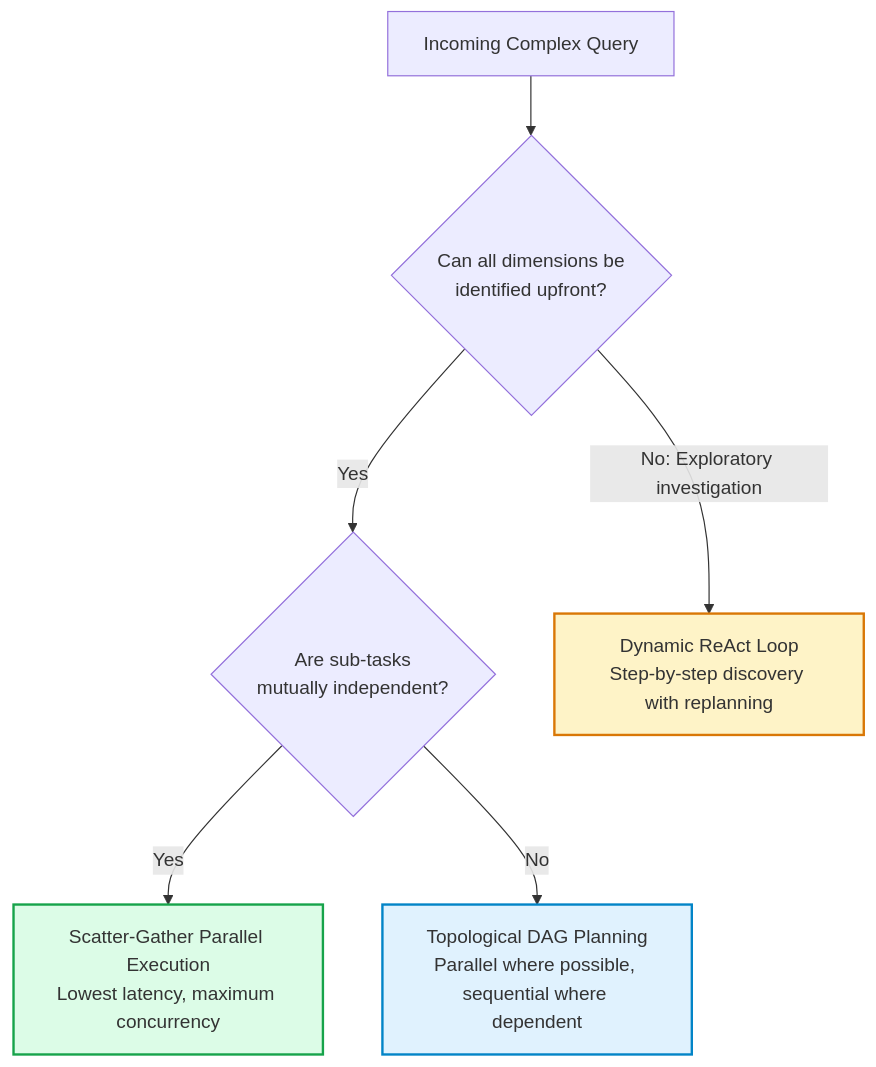
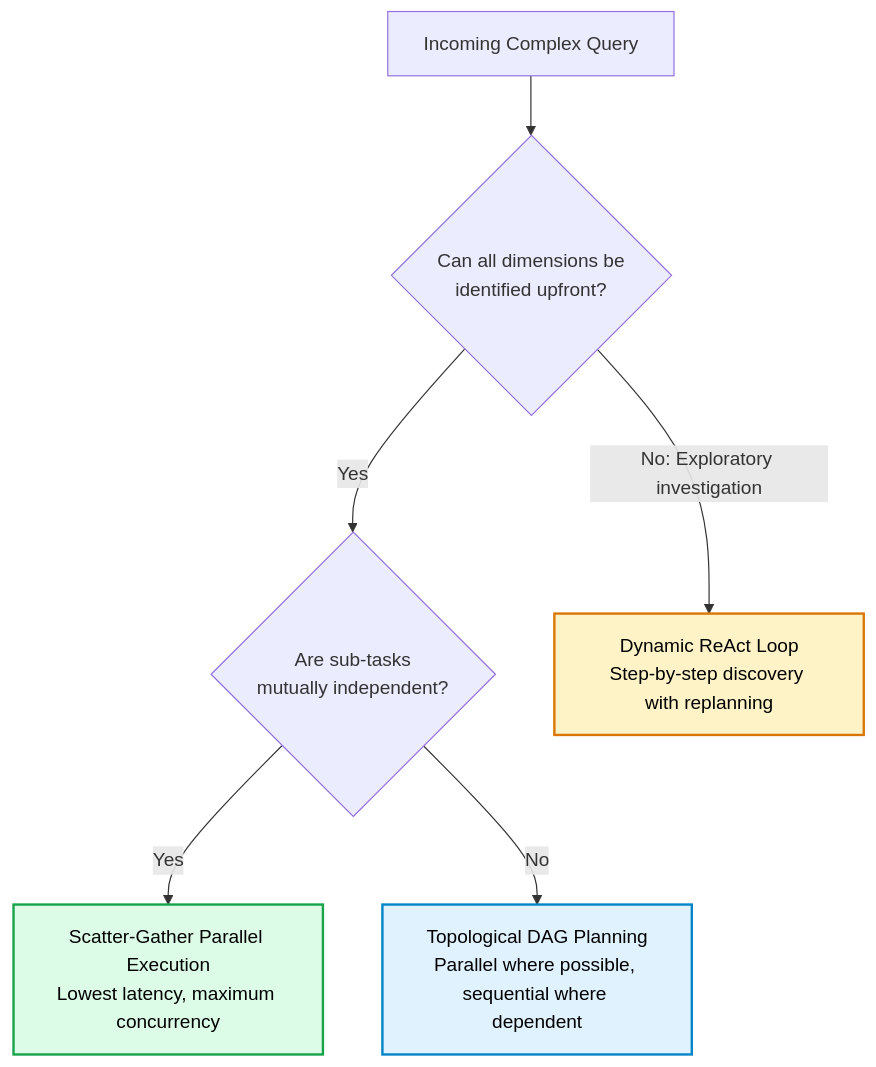
The fifth of 5 diagrams in 07-Agentic-RAG/Query-Planning.md (swapnil3104/RAG-Engineering), drawn with Mermaid before and after one commit. The commit also changed other lines of this file and 108 other files, not shown here.

Commit message:
fix: make chart text visible across all Mermaid diagrams and resolve markdown table formatting issues

````diff
--- a/07-Agentic-RAG/Query-Planning.md
+++ b/07-Agentic-RAG/Query-Planning.md
@@ -533,14 +533,14 @@
 ```mermaid
 flowchart TD
     Q[Incoming Complex Query] --> Chk{"Can all dimensions be<br/>identified upfront?"}
     
     Chk -->|Yes| Dep{"Are sub-tasks<br/>mutually independent?"}
     Dep -->|Yes| Scatter[Scatter-Gather Parallel Execution<br/>Lowest latency, maximum concurrency]
     Dep -->|No| DAG[Topological DAG Planning<br/>Parallel where possible, sequential where dependent]
     
     Chk -->|No: Exploratory investigation| ReAct[Dynamic ReAct Loop<br/>Step-by-step discovery with replanning]
 
-    style Scatter fill:#dcfce7,stroke:#16a34a,stroke-width:2px
-    style DAG fill:#e0f2fe,stroke:#0284c7,stroke-width:2px
-    style ReAct fill:#fef3c7,stroke:#d97706,stroke-width:2px
+    style Scatter fill:#dcfce7,stroke:#16a34a,stroke-width:2px,color:#000000
+    style DAG fill:#e0f2fe,stroke:#0284c7,stroke-width:2px,color:#000000
+    style ReAct fill:#fef3c7,stroke:#d97706,stroke-width:2px,color:#000000
 ```
````
